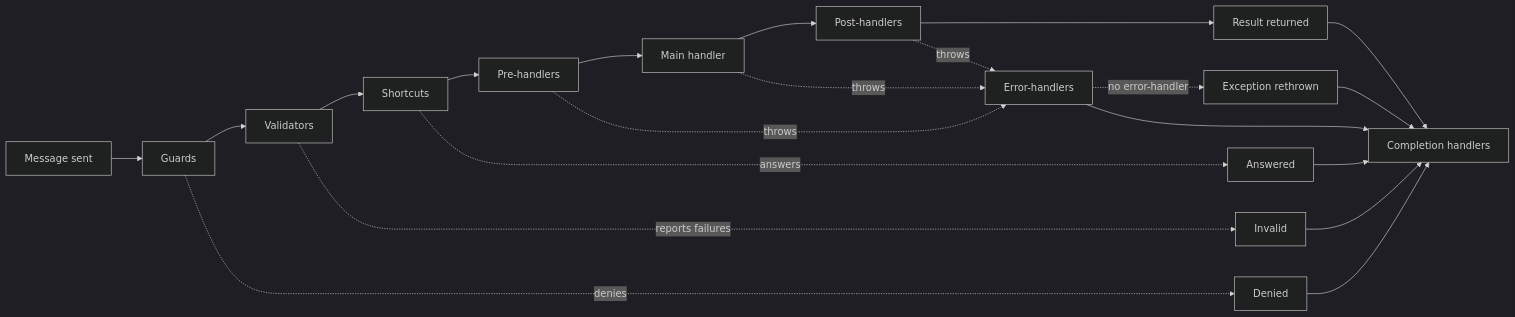
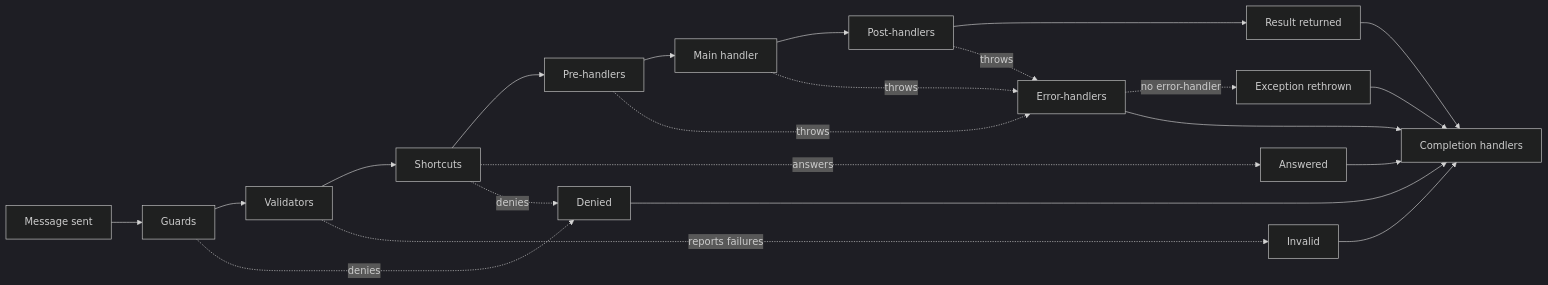
The diagram in site/content/docs/concepts/handler-pipeline.md (litenova/LiteBus), drawn with Mermaid (dark theme) before and after one commit. The commit also changed other lines of this file and 290 other files, not shown here.

````diff
--- a/site/content/docs/concepts/handler-pipeline.md
+++ b/site/content/docs/concepts/handler-pipeline.md
@@ -22,23 +22,24 @@
 ```mermaid
 flowchart LR
     A[Message sent] --> G1[Guards]
     G1 --> V1[Validators]
     V1 --> S1[Shortcuts]
     S1 --> B[Pre-handlers]
     B --> C[Main handler]
     C --> D[Post-handlers]
     D --> E[Result returned]
     G1 -. denies .-> I[Denied]
     V1 -. reports failures .-> L[Invalid]
     S1 -. answers .-> J[Answered]
+    S1 -. denies .-> I
     B -. throws .-> F[Error-handlers]
     C -. throws .-> F
     D -. throws .-> F
     F -. no error-handler .-> K[Exception rethrown]
     E --> H[Completion handlers]
     I --> H
     J --> H
     L --> H
     F --> H
     K --> H
 ```
````
